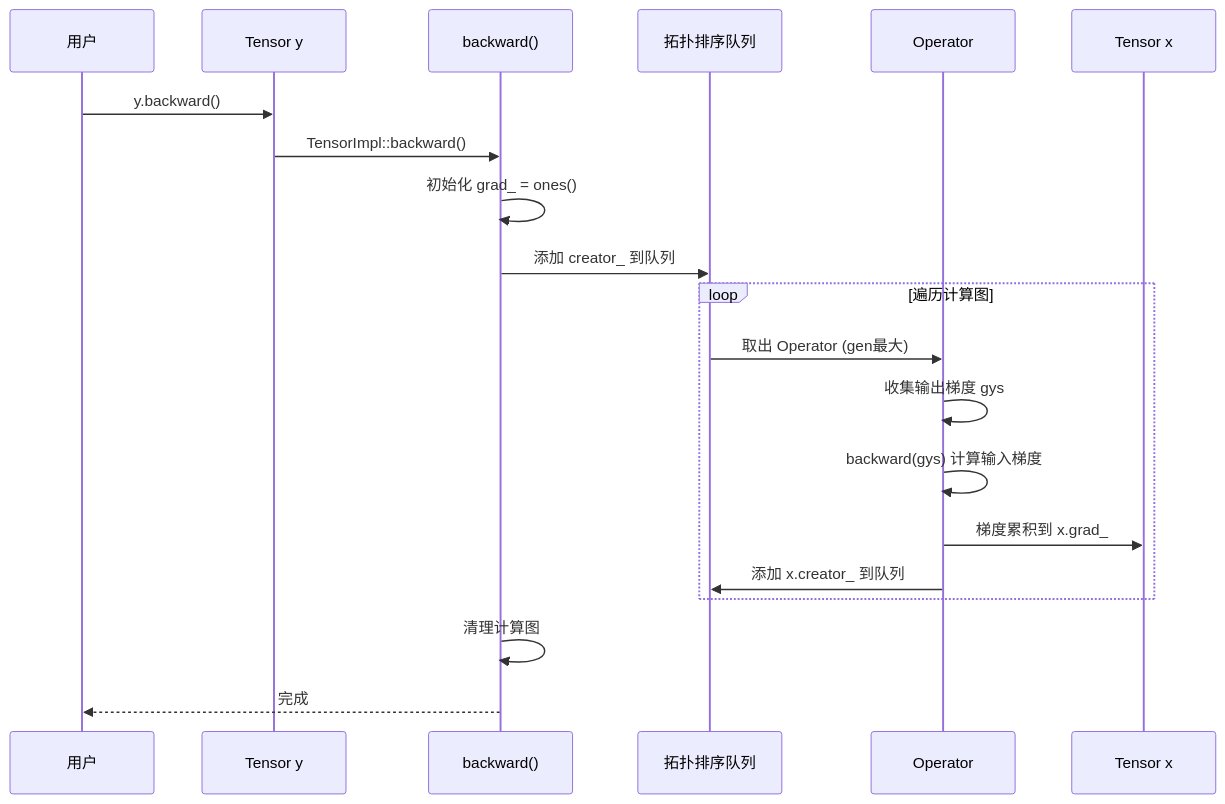
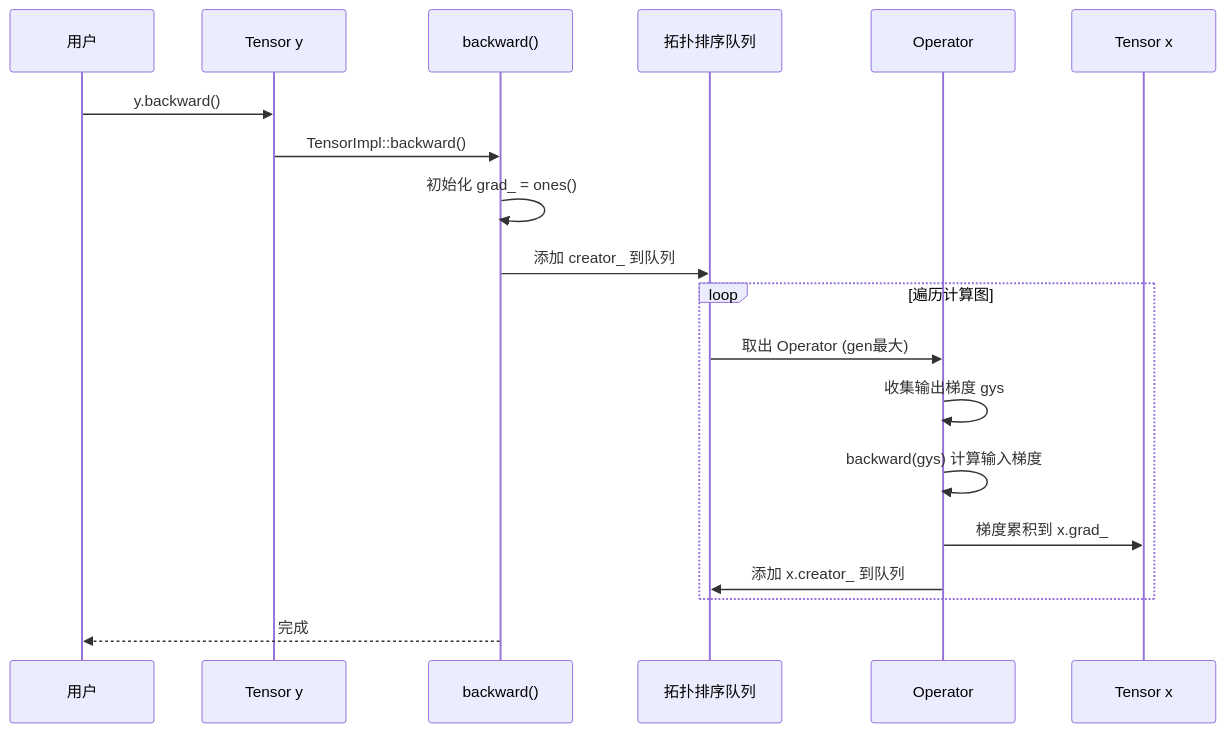
One commit to jinbooooom/OriginDL changed diagram 23 of 47 in docs/design/architecture.md. Above: the diagram before and after it, drawn with Mermaid. The commit also changed other lines of this file, not shown here.

Commit message:
doc(design): refactor architecture documentation chapters 3，4，6, 7 and 10

````diff
--- a/docs/design/architecture.md
+++ b/docs/design/architecture.md
@@ -1271,23 +1451,22 @@
 ```mermaid
 sequenceDiagram
     participant User as 用户
     participant Y as Tensor y
     participant Backward as backward()
     participant Queue as 拓扑排序队列
     participant Op as Operator
     participant X as Tensor x
     
     User->>Y: y.backward()
     Y->>Backward: TensorImpl::backward()
     Backward->>Backward: 初始化 grad_ = ones()
     Backward->>Queue: 添加 creator_ 到队列
     loop 遍历计算图
         Queue->>Op: 取出 Operator (gen最大)
         Op->>Op: 收集输出梯度 gys
         Op->>Op: backward(gys) 计算输入梯度
         Op->>X: 梯度累积到 x.grad_
         Op->>Queue: 添加 x.creator_ 到队列
     end
-    Backward->>Backward: 清理计算图
     Backward-->>User: 完成
 ```
````
